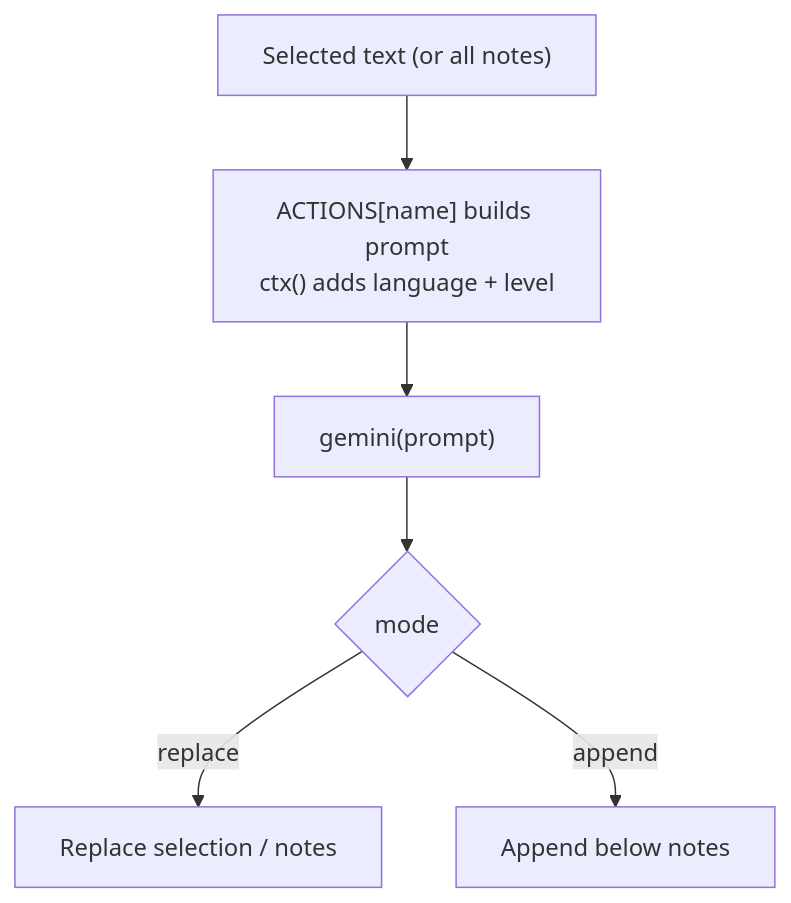
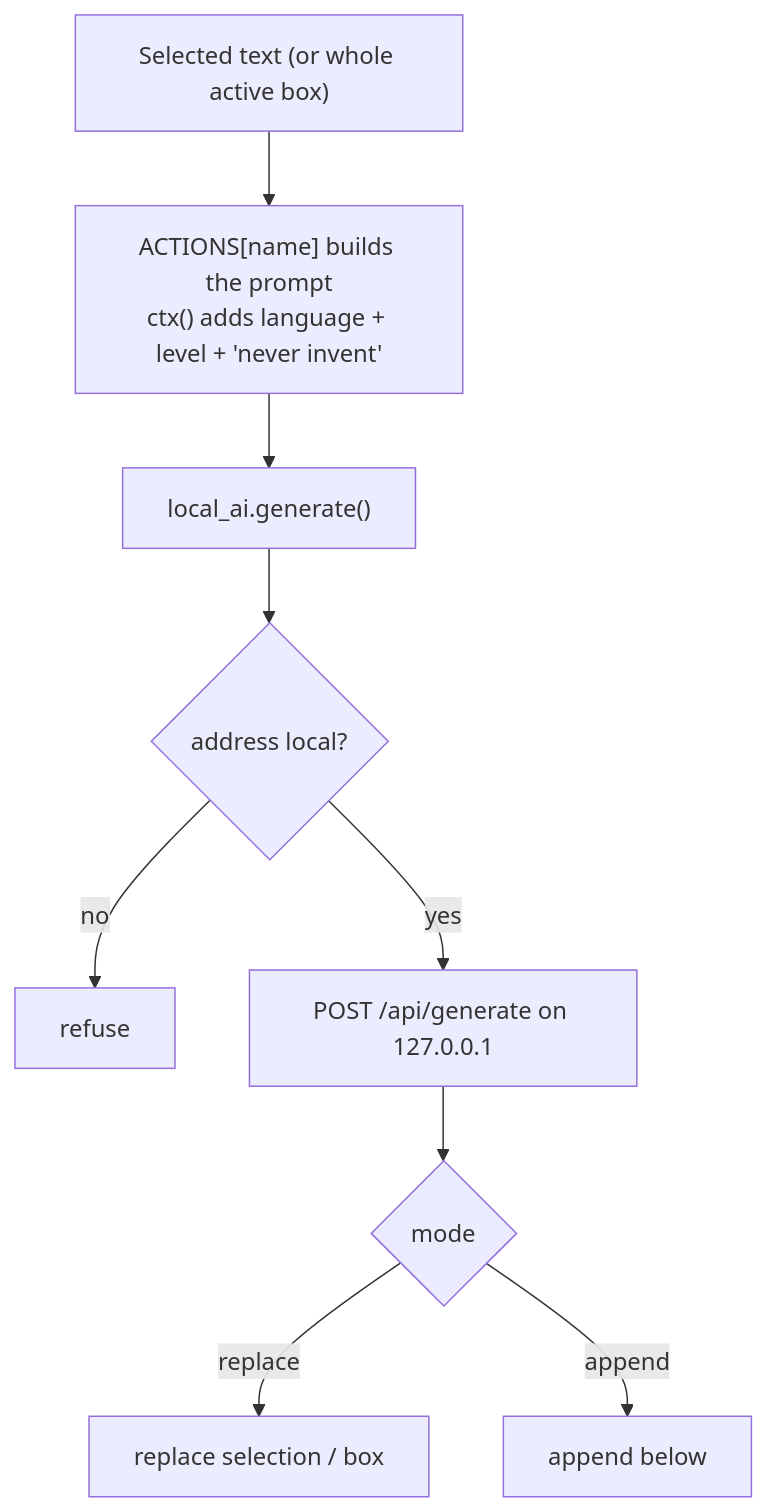
One commit to awsrmmustansarjavaid/charliemj-ocr-studio changed the third of 4 diagrams in docs/ARCHITECTURE.md. Above: the diagram before and after it, drawn with Mermaid. The commit also changed other lines of this file and 36 other files, not shown here.

````diff
--- a/docs/ARCHITECTURE.md
+++ b/docs/ARCHITECTURE.md
@@ -119,8 +82,11 @@
 ```mermaid
 flowchart TD
-    S["Selected text (or all notes)"] --> P["ACTIONS[name] builds prompt<br/>ctx() adds language + level"]
-    P --> G["gemini(prompt)"]
-    G --> R{"mode"}
-    R -->|replace| X["Replace selection / notes"]
-    R -->|append| Y["Append below notes"]
+    S["Selected text (or whole active box)"] --> P["ACTIONS[name] builds the prompt<br/>ctx() adds language + level + 'never invent'"]
+    P --> G["local_ai.generate()"]
+    G --> C{"address local?"}
+    C -->|no| X["refuse"]
+    C -->|yes| O["POST /api/generate on 127.0.0.1"]
+    O --> R{"mode"}
+    R -->|replace| Y["replace selection / box"]
+    R -->|append| Z["append below"]
 ```
````
